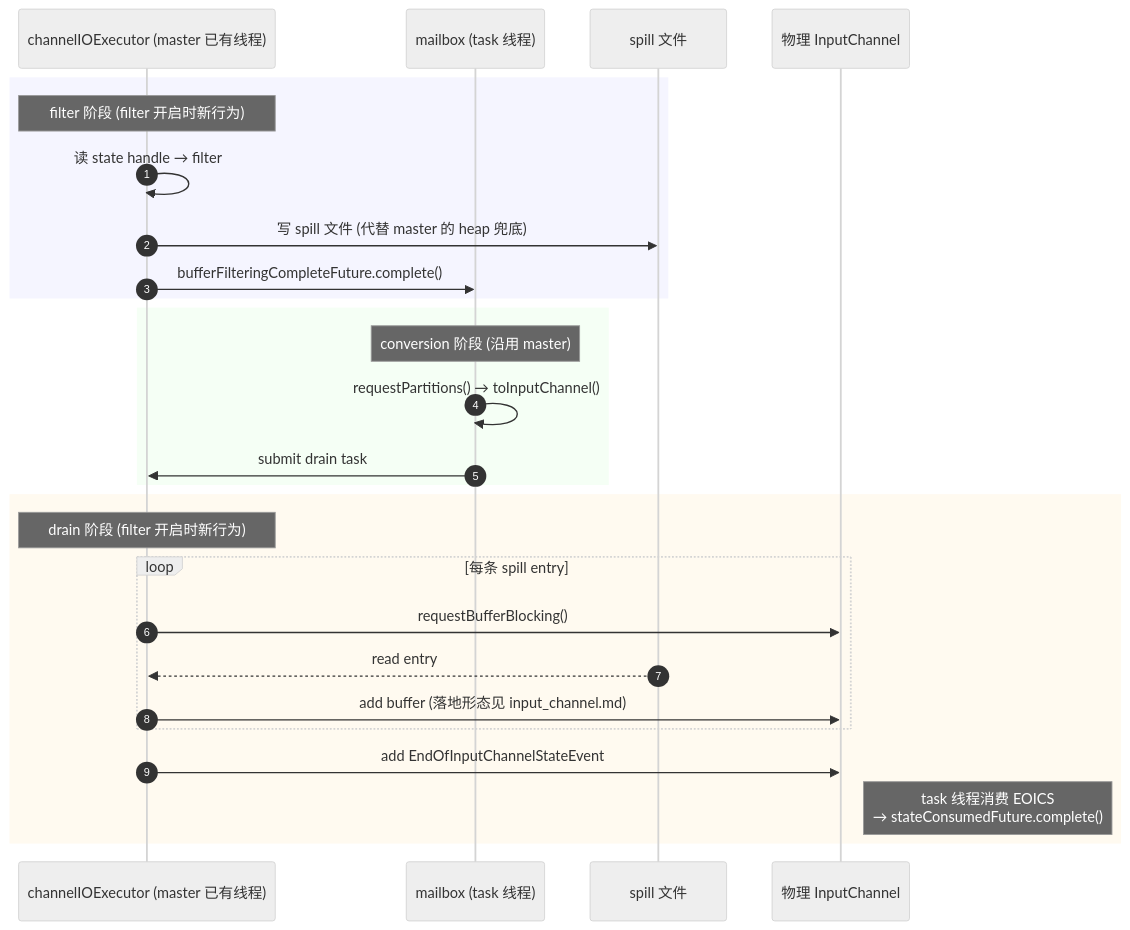
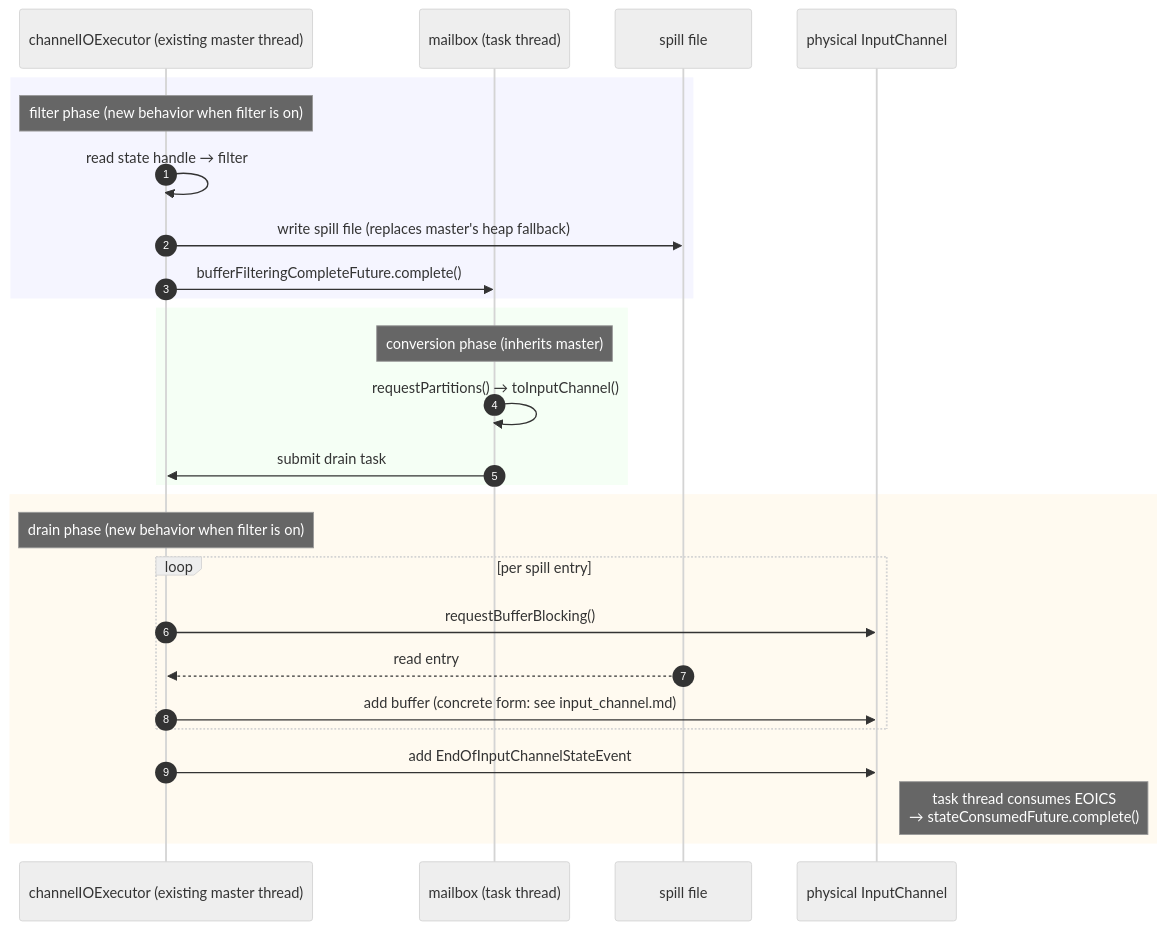
Before and after one commit to 1996fanrui/flink: the first of 2 diagrams in requirements/38544/simplify_approach/overview.md, drawn with Mermaid (neutral theme). The commit also changed other lines of this file and 3 other files, not shown here.

````diff
--- a/requirements/38544/simplify_approach/overview.md
+++ b/requirements/38544/simplify_approach/overview.md
@@ -25,29 +25,29 @@
 ```mermaid
 sequenceDiagram
     autonumber
-    participant CIO as channelIOExecutor (master 已有线程)
-    participant MB  as mailbox (task 线程)
-    participant DISK as spill 文件
-    participant PC  as 物理 InputChannel
+    participant CIO as channelIOExecutor (existing master thread)
+    participant MB  as mailbox (task thread)
+    participant DISK as spill file
+    participant PC  as physical InputChannel
     rect rgb(245,245,255)
-      Note over CIO: filter 阶段 (filter 开启时新行为)
-      CIO->>CIO: 读 state handle → filter
-      CIO->>DISK: 写 spill 文件 (代替 master 的 heap 兜底)
+      Note over CIO: filter phase (new behavior when filter is on)
+      CIO->>CIO: read state handle → filter
+      CIO->>DISK: write spill file (replaces master's heap fallback)
       CIO->>MB: bufferFilteringCompleteFuture.complete()
     end
     rect rgb(245,255,245)
-      Note over MB: conversion 阶段 (沿用 master)
+      Note over MB: conversion phase (inherits master)
       MB->>MB: requestPartitions() → toInputChannel()
       MB->>CIO: submit drain task
     end
     rect rgb(255,250,240)
-      Note over CIO: drain 阶段 (filter 开启时新行为)
-      loop 每条 spill entry
+      Note over CIO: drain phase (new behavior when filter is on)
+      loop per spill entry
         CIO->>PC: requestBufferBlocking()
         DISK-->>CIO: read entry
-        CIO->>PC: add buffer (落地形态见 input_channel.md)
+        CIO->>PC: add buffer (concrete form: see input_channel.md)
       end
       CIO->>PC: add EndOfInputChannelStateEvent
-      Note right of PC: task 线程消费 EOICS<br/>→ stateConsumedFuture.complete()
+      Note right of PC: task thread consumes EOICS<br/>→ stateConsumedFuture.complete()
     end
 ```
````
